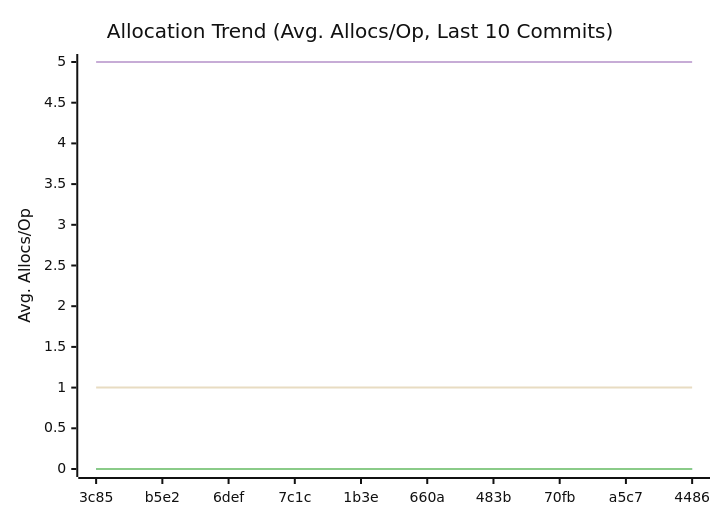
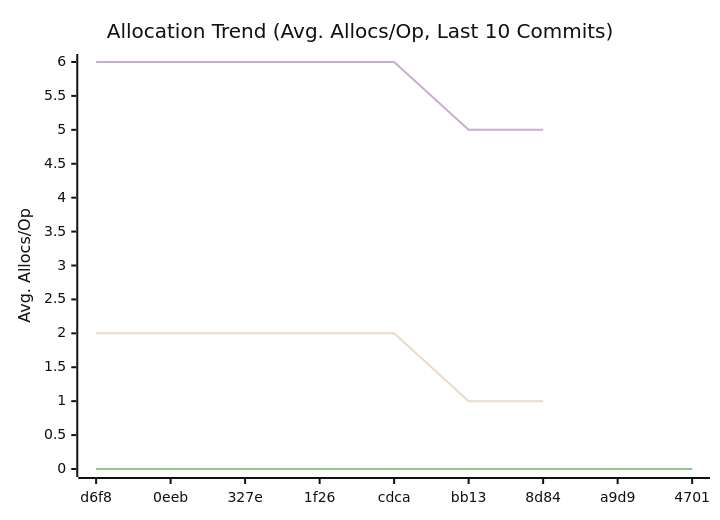
One commit to alsotoes/momo changed the third of 3 diagrams in doc/README.md. Above: the diagram before and after it, drawn with Mermaid (neutral theme). The commit also changed other lines of this file and 16 other files, not shown here.

````diff
--- a/doc/README.md
+++ b/doc/README.md
@@ -316,12 +322,12 @@
 ```mermaid
 xychart-beta
     title "Allocation Trend (Avg. Allocs/Op, Last 10 Commits)"
     x-axis "Commit"
     y-axis "Avg. Allocs/Op"
-    x-axis [3c85,b5e2,6def,7c1c,1b3e,660a,483b,70fb,a5c7,4486]
+    x-axis [d6f8,0eeb,327e,1f26,cdca,bb13,8d84,a9d9,4701]
     line "CheckMetricsAndSwap" [0,0,0,0,0,0,0,0,0,0]
     line "IndexDirectTracking" [0,0,0,0,0,0,0,0,0,0]
     line "IndexSearch" [0,0,0,0,0,0,0,0,0,0]
-    line "ParseReplicationOrder_NoPrealloc" [5,5,5,5,5,5,5,5,5,5]
-    line "ParseReplicationOrder_Prealloc" [1,1,1,1,1,1,1,1,1,1]
+    line "ParseReplicationOrder_NoPrealloc" [6,6,6,6,6,5,5]
+    line "ParseReplicationOrder_Prealloc" [2,2,2,2,2,1,1]
 ```
````
